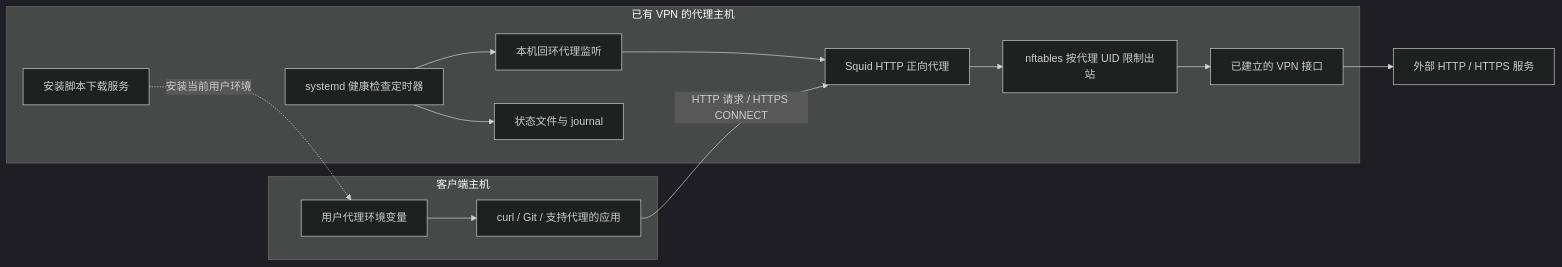
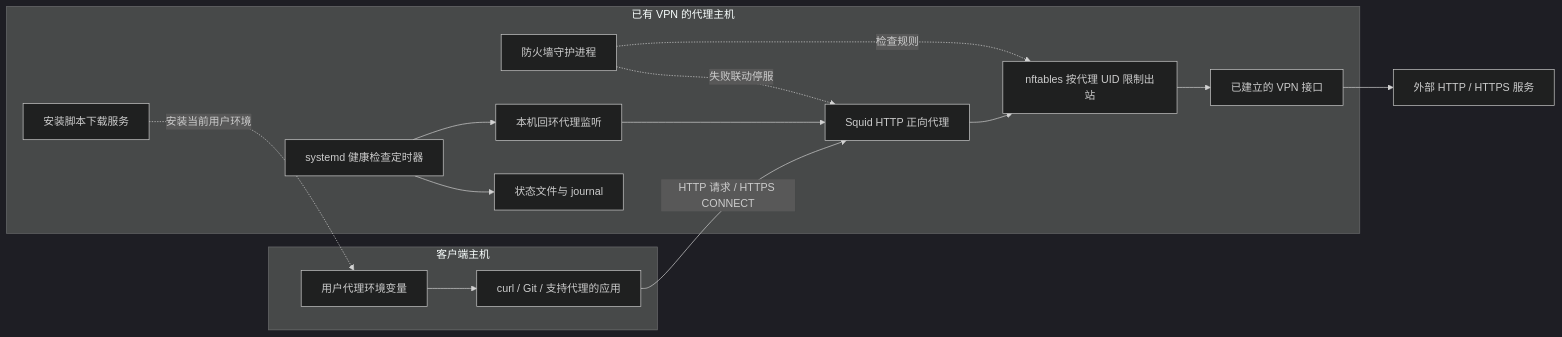
The diagram in README.md (weixin1263831586/vpn-proxy), drawn with Mermaid (dark theme) before and after one commit. The commit also changed other lines of this file and 18 other files, not shown here.

````diff
--- a/README.md
+++ b/README.md
@@ -9,23 +9,26 @@
 ```mermaid
 flowchart LR
     subgraph Client[客户端主机]
         Env[用户代理环境变量]
         App[curl / Git / 支持代理的应用]
         Env --> App
     end
     subgraph Host[已有 VPN 的代理主机]
         Download[安装脚本下载服务]
         Squid[Squid HTTP 正向代理]
         Guard[nftables 按代理 UID 限制出站]
+        Watch[防火墙守护进程]
         VPN[已建立的 VPN 接口]
         Timer[systemd 健康检查定时器]
         Health[本机回环代理监听]
         State[状态文件与 journal]
         Download -. 安装当前用户环境 .-> Env
         Squid --> Guard --> VPN
+        Watch -. 检查规则 .-> Guard
+        Watch -. 失败联动停服 .-> Squid
         Timer --> Health --> Squid
         Timer --> State
     end
     App -->|HTTP 请求 / HTTPS CONNECT| Squid
     VPN --> Internet[外部 HTTP / HTTPS 服务]
 ```
````
